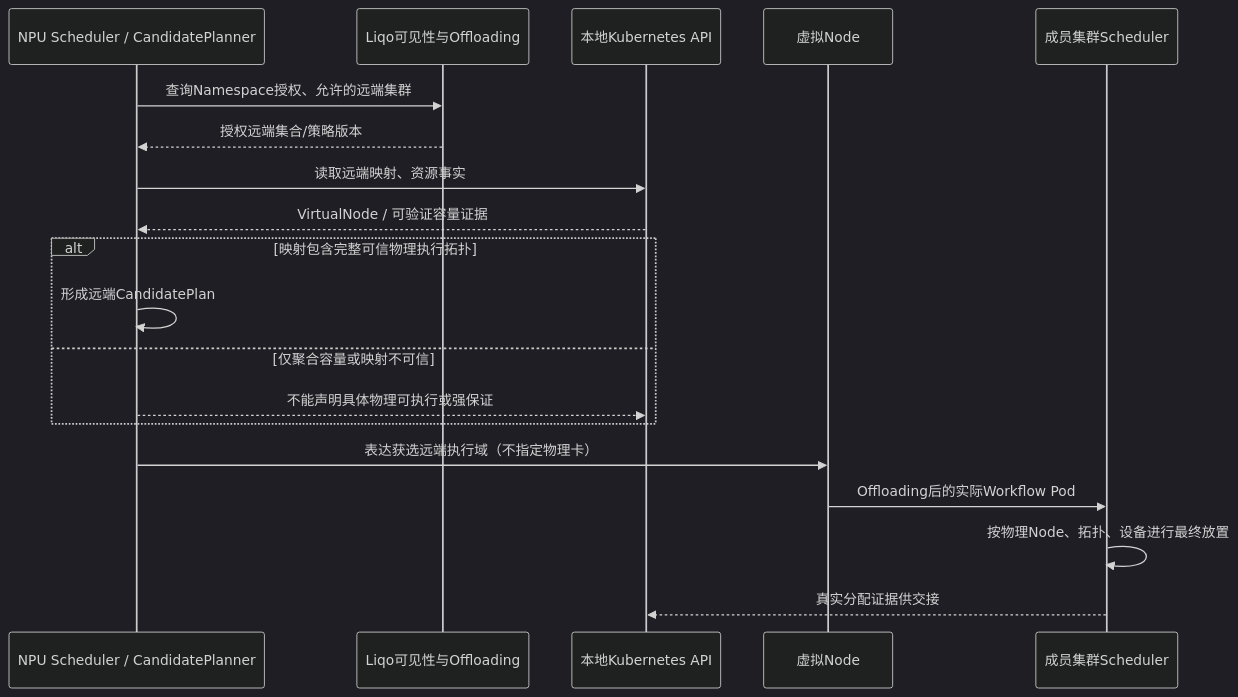
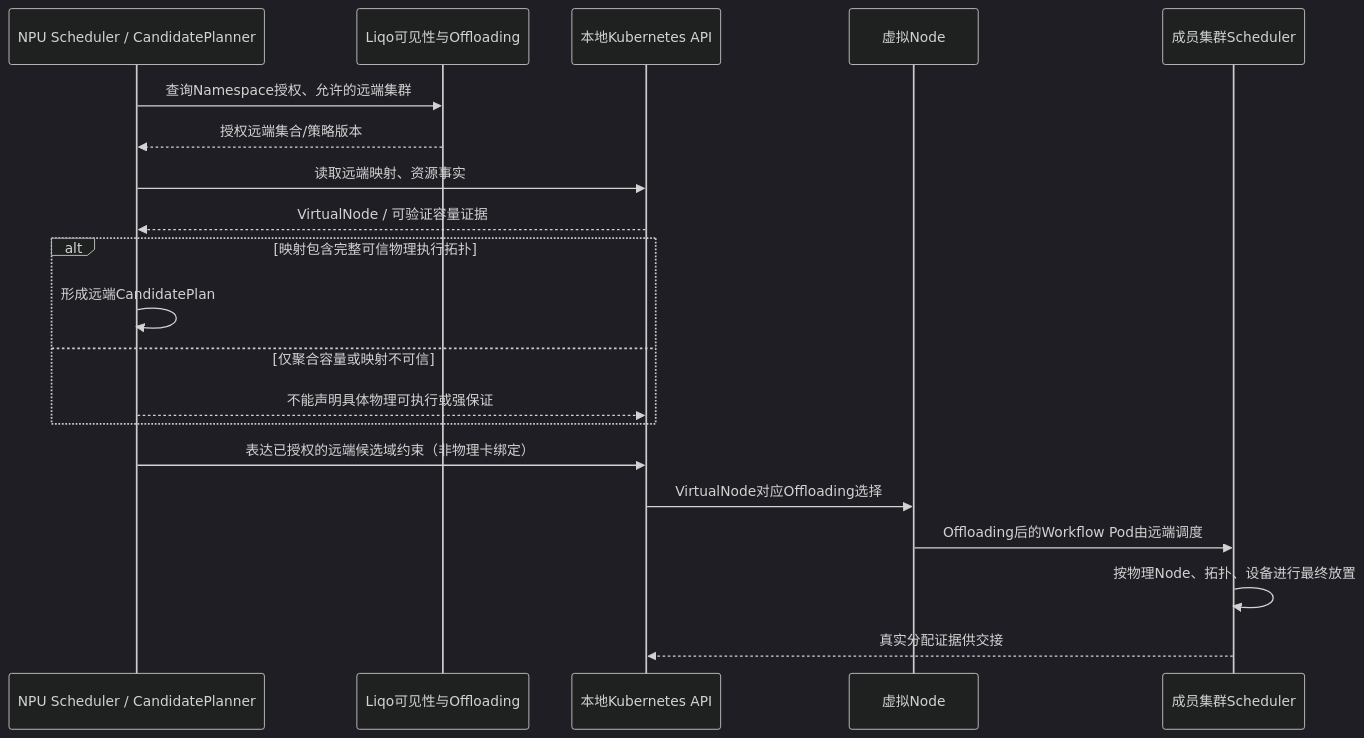
One commit to ascend-gha-runners/scheduler-plugins changed the seventh of 8 diagrams in docs/system-design.md. Above: the diagram before and after it, drawn with Mermaid (dark theme). The commit also changed other lines of this file, not shown here.

```diff
--- a/docs/system-design.md
+++ b/docs/system-design.md
@@ -790,21 +790,22 @@
 ~~~mermaid
 sequenceDiagram
   participant NS as NPU Scheduler / CandidatePlanner
   participant L as Liqo可见性与Offloading
   participant API as 本地Kubernetes API
   participant VR as 虚拟Node
   participant MC as 成员集群Scheduler
   NS->>L: 查询Namespace授权、允许的远端集群
   L-->>NS: 授权远端集合/策略版本
   NS->>API: 读取远端映射、资源事实
   API-->>NS: VirtualNode / 可验证容量证据
   alt 映射包含完整可信物理执行拓扑
     NS->>NS: 形成远端CandidatePlan
   else 仅聚合容量或映射不可信
     NS-->>API: 不能声明具体物理可执行或强保证
   end
-  NS->>VR: 表达获选远端执行域（不指定物理卡）
-  VR->>MC: Offloading后的实际Workflow Pod
+  NS->>API: 表达已授权的远端候选域约束（非物理卡绑定）
+  API->>VR: VirtualNode对应Offloading选择
+  VR->>MC: Offloading后的Workflow Pod由远端调度
   MC->>MC: 按物理Node、拓扑、设备进行最终放置
   MC-->>API: 真实分配证据供交接
 ~~~
```
